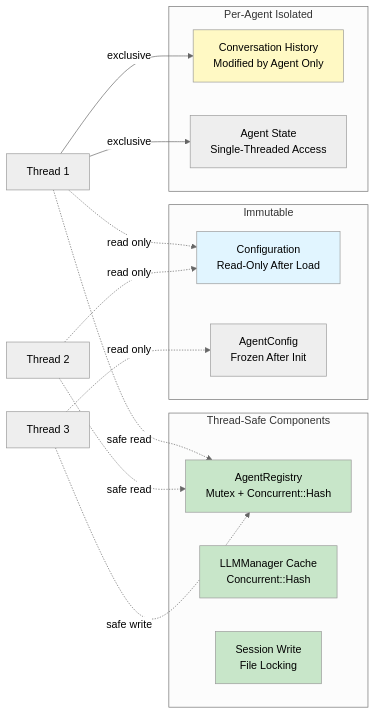
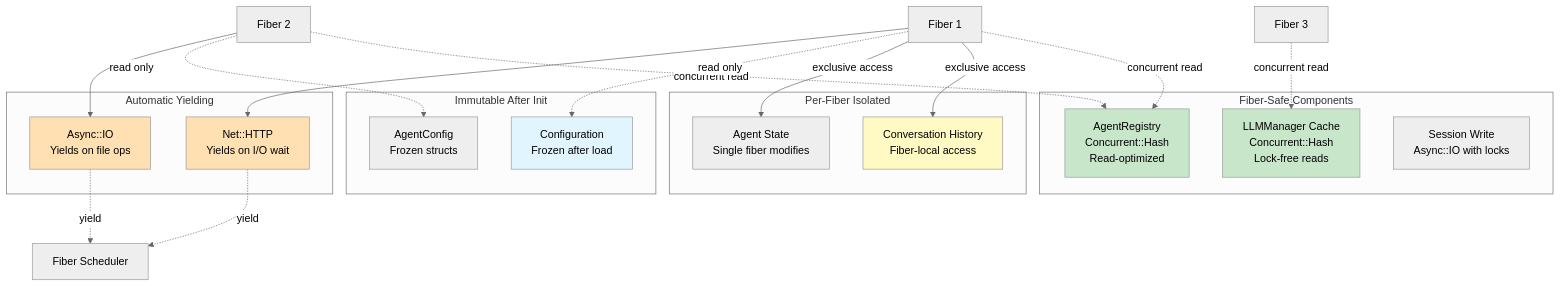
Before and after one commit to parruda/claude-swarm: the ninth of 9 diagrams in docs/swarm_core_architecture.md, drawn with Mermaid (neutral theme). The commit also changed other lines of this file and 7 other files, not shown here.

First line of the commit message:
Migrate SwarmCore to async/fiber architecture with RubyLLM native support

````diff
--- a/docs/swarm_core_architecture.md
+++ b/docs/swarm_core_architecture.md
@@ -1658,35 +1684,45 @@
 ```mermaid
-flowchart LR
-    subgraph "Thread-Safe Components"
-        Registry[AgentRegistry<br/>Mutex + Concurrent::Hash]
-        LLMCache[LLMManager Cache<br/>Concurrent::Hash]
-        SessionWrite[Session Write<br/>File Locking]
+flowchart TB
+    subgraph "Fiber-Safe Components"
+        Registry[AgentRegistry<br/>Concurrent::Hash<br/>Read-optimized]
+        LLMCache[LLMManager Cache<br/>Concurrent::Hash<br/>Lock-free reads]
+        SessionWrite[Session Write<br/>Async::IO with locks]
     end
 
-    subgraph "Per-Agent Isolated"
-        ConvHistory[Conversation History<br/>Modified by Agent Only]
-        AgentState[Agent State<br/>Single-Threaded Access]
+    subgraph "Per-Fiber Isolated"
+        ConvHistory[Conversation History<br/>Fiber-local access]
+        AgentState[Agent State<br/>Single fiber modifies]
     end
 
-    subgraph "Immutable"
-        Config[Configuration<br/>Read-Only After Load]
-        AgentConfig[AgentConfig<br/>Frozen After Init]
+    subgraph "Immutable After Init"
+        Config[Configuration<br/>Frozen after load]
+        AgentConfig[AgentConfig<br/>Frozen structs]
     end
 
-    T1[Thread 1] -.->|safe read| Registry
-    T2[Thread 2] -.->|safe read| Registry
-    T3[Thread 3] -.->|safe write| Registry
+    subgraph "Automatic Yielding"
+        NetHTTP[Net::HTTP<br/>Yields on I/O wait]
+        AsyncIO[Async::IO<br/>Yields on file ops]
+    end
 
-    T1 -->|exclusive| ConvHistory
-    T1 -->|exclusive| AgentState
+    F1[Fiber 1] -.->|concurrent read| Registry
+    F2[Fiber 2] -.->|concurrent read| Registry
+    F3[Fiber 3] -.->|concurrent read| LLMCache
 
-    T1 -.->|read only| Config
-    T2 -.->|read only| Config
-    T3 -.->|read only| AgentConfig
+    F1 -->|exclusive access| ConvHistory
+    F1 -->|exclusive access| AgentState
+
+    F1 -.->|read only| Config
+    F2 -.->|read only| AgentConfig
+
+    F1 --> NetHTTP
+    F2 --> AsyncIO
+    NetHTTP -.->|yield| Scheduler[Fiber Scheduler]
+    AsyncIO -.->|yield| Scheduler
 
     style Registry fill:#c8e6c9
     style LLMCache fill:#c8e6c9
-    style SessionWrite fill:#c8e6c9
     style ConvHistory fill:#fff9c4
     style Config fill:#e1f5ff
+    style NetHTTP fill:#ffe0b2
+    style AsyncIO fill:#ffe0b2
 ```
````
